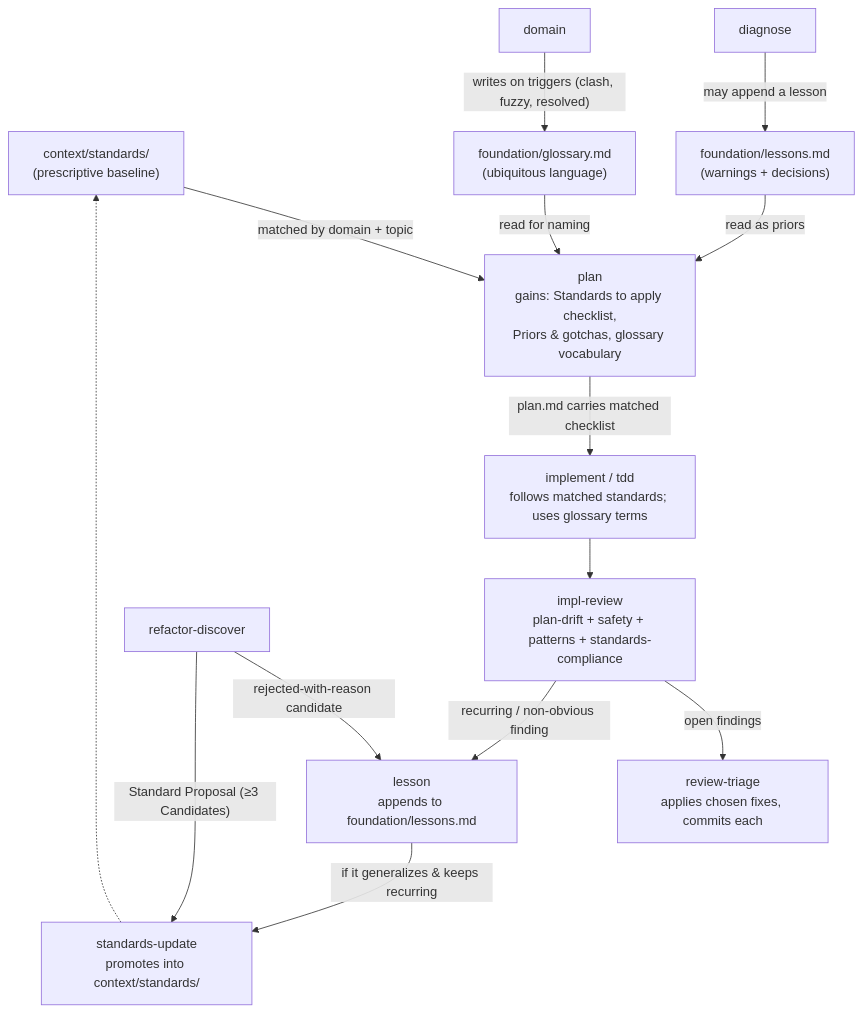
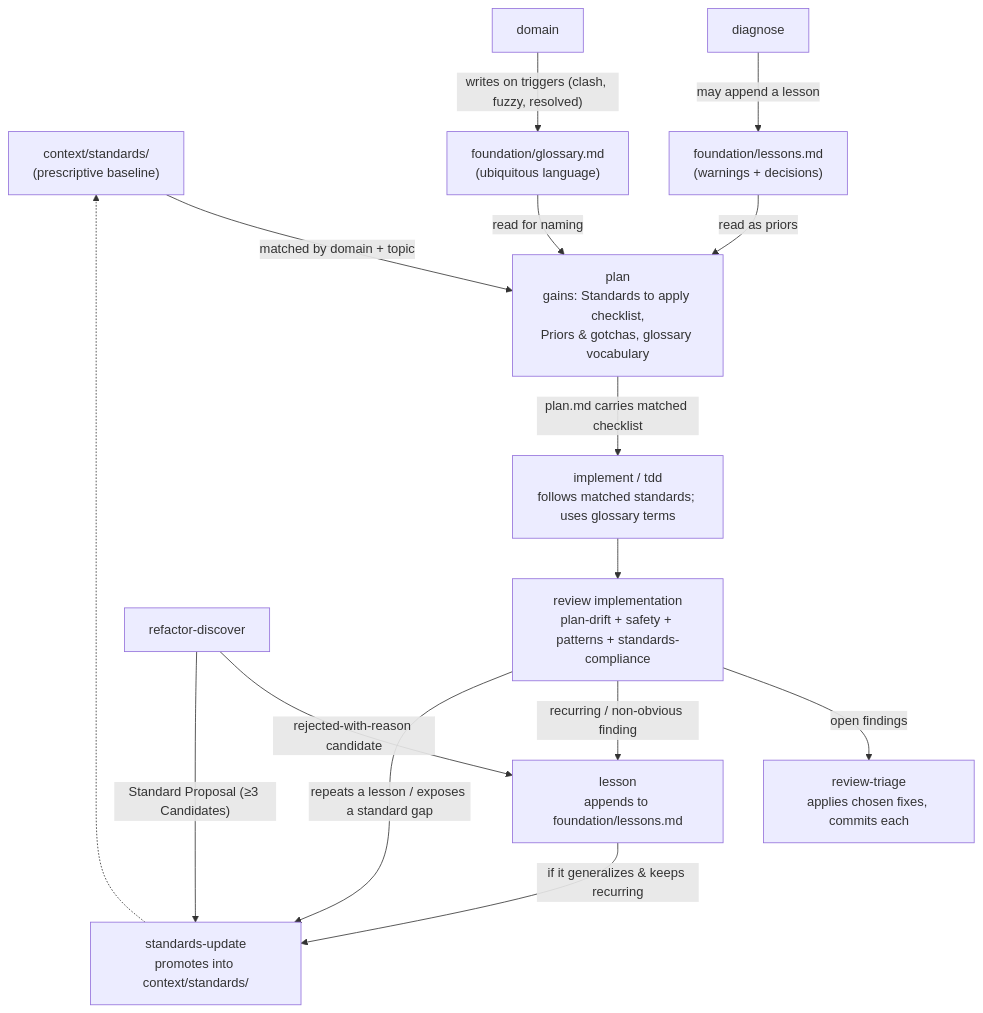
Before and after one commit to dikamilo/dx-workflow: the diagram in DESIGN.md, drawn with Mermaid. The commit also changed other lines of this file and 70 other files, not shown here.

````diff
--- a/DESIGN.md
+++ b/DESIGN.md
@@ -251,28 +255,29 @@
 ```mermaid
 flowchart TD
     standards["context/standards/<br/>(prescriptive baseline)"]
     lessons["foundation/lessons.md<br/>(warnings + decisions)"]
     glossary["foundation/glossary.md<br/>(ubiquitous language)"]
 
     plan["plan<br/>gains: Standards to apply checklist,<br/>Priors &amp; gotchas, glossary vocabulary"]
     implement["implement / tdd<br/>follows matched standards; uses glossary terms"]
-    implreview["impl-review<br/>plan-drift + safety + patterns + standards-compliance"]
+    implreview["review implementation<br/>plan-drift + safety + patterns + standards-compliance"]
     triage["review-triage<br/>applies chosen fixes, commits each"]
     lesson["lesson<br/>appends to foundation/lessons.md"]
     standardsupdate["standards-update<br/>promotes into context/standards/"]
 
     standards -- "matched by domain + topic" --> plan
     lessons -- "read as priors" --> plan
     glossary -- "read for naming" --> plan
     plan -- "plan.md carries matched checklist" --> implement
     implement --> implreview
     implreview -- "open findings" --> triage
     implreview -- "recurring / non-obvious finding" --> lesson
+    implreview -- "repeats a lesson / exposes a standard gap" --> standardsupdate
     lesson -- "if it generalizes &amp; keeps recurring" --> standardsupdate
     standardsupdate -.-> standards
 
     diagnose["diagnose"] -- "may append a lesson" --> lessons
     refactordiscover["refactor-discover"] -- "rejected-with-reason candidate" --> lesson
     refactordiscover -- "Standard Proposal (≥3 Candidates)" --> standardsupdate
     domain["domain"] -- "writes on triggers (clash, fuzzy, resolved)" --> glossary
 ```
````
